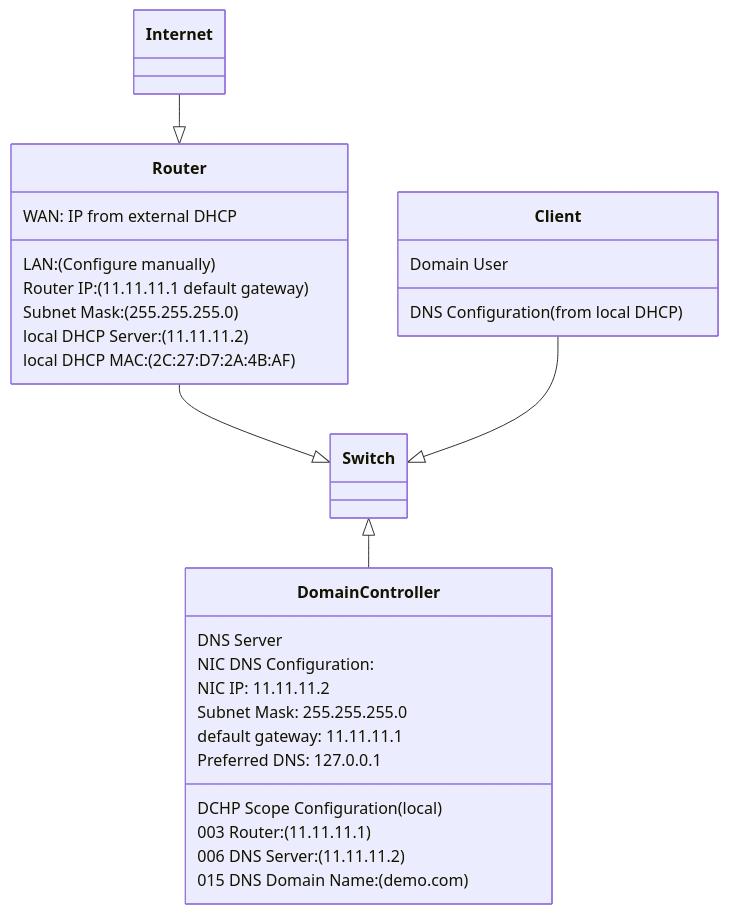
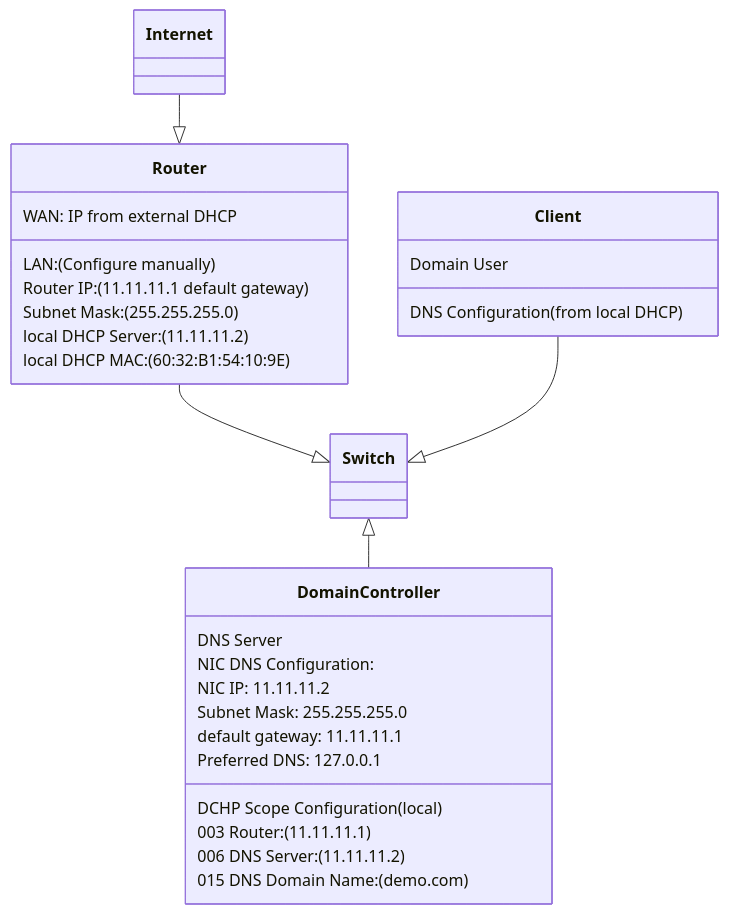
Before and after one commit to yeungsammy2002/TNET001-Windows_Server_2016: the diagram in S02_Setup_Network.md, drawn with Mermaid. The commit also changed other lines of this file, not shown here.

````diff
--- a/S02_Setup_Network.md
+++ b/S02_Setup_Network.md
@@ -6,34 +6,34 @@
 ```mermaid
 classDiagram
     class Router {
         WAN: IP from external DHCP
         LAN: (Configure manually)
         Router IP: (11.11.11.1 default gateway)
         Subnet Mask: (255.255.255.0)
         local DHCP Server: (11.11.11.2)
-        local DHCP MAC: (2C:27:D7:2A:4B:AF)
+        local DHCP MAC: (60:32:B1:54:10:9E)
     }
 
     class DomainController{
         DNS Server
         NIC DNS Configuration:
         NIC IP: 11.11.11.2
         Subnet Mask: 255.255.255.0
         default gateway: 11.11.11.1
         Preferred DNS: 127.0.0.1
         DCHP Scope Configuration(local)
         003 Router: (11.11.11.1)
         006 DNS Server: (11.11.11.2)
         015 DNS Domain Name: (demo.com)
     }
 
     class Client{
         Domain User
         DNS Configuration(from local DHCP)
     }
 
     Internet --|> Router
     Router --|> Switch
     Switch <|-- DomainController
     Client --|> Switch
 ```
````
